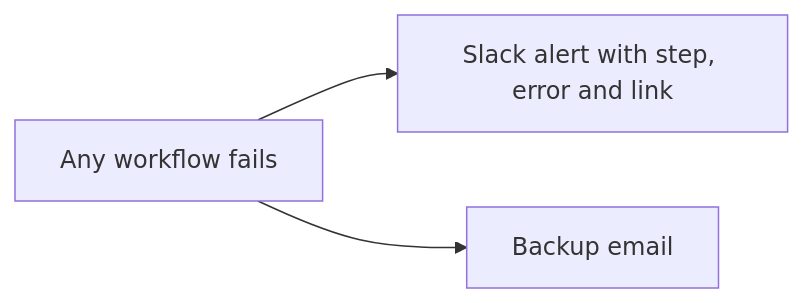
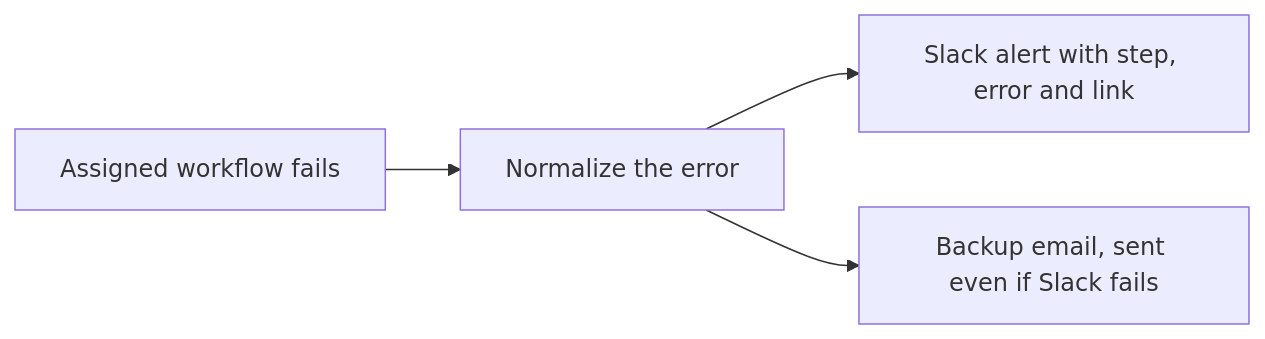
Before and after one commit to tinceus/ciarramazaredo: the second of 2 diagrams in workflows/weekly-report-error-alerts/README.md, drawn with Mermaid. The commit also changed other lines of this file and 16 other files, not shown here.

````diff
--- a/workflows/weekly-report-error-alerts/README.md
+++ b/workflows/weekly-report-error-alerts/README.md
@@ -24,5 +24,5 @@
 ```mermaid
 flowchart LR
-  A[Any workflow fails] --> B[Slack alert with step, error and link]
-  A --> C[Backup email]
+  A[Assigned workflow fails] --> N[Normalize the error] --> B[Slack alert with step, error and link]
+  N --> C[Backup email, sent even if Slack fails]
 ```
````
